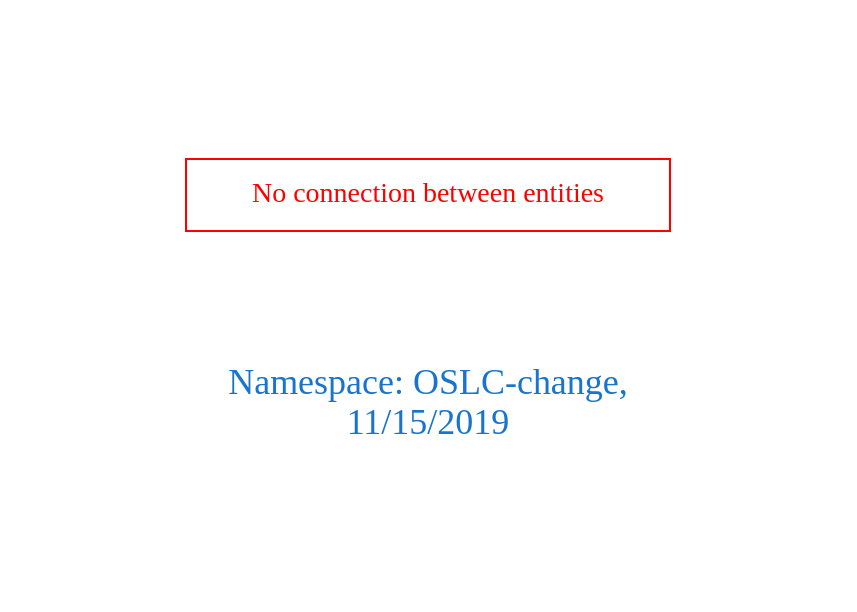
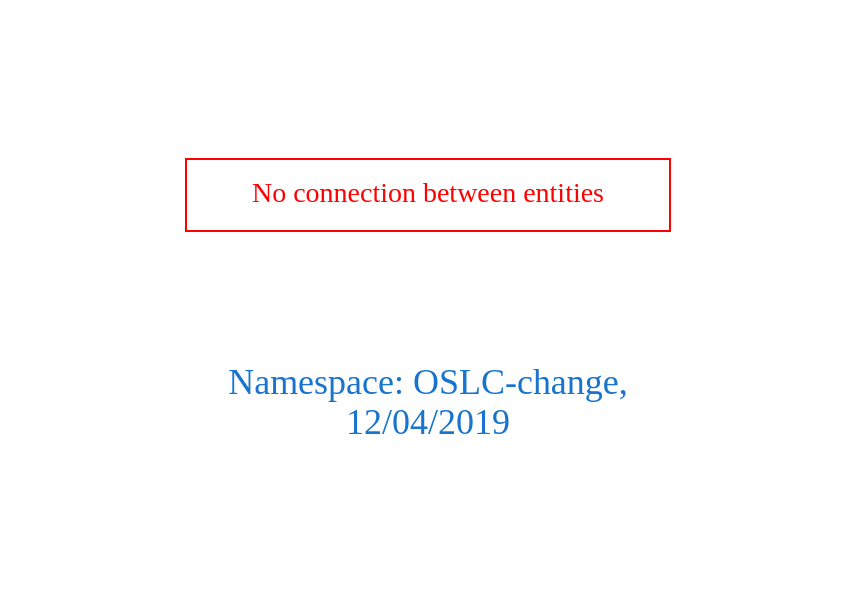
Before and after one commit to arago/OGIT: the diagram in downloads/OSLC-change.dot, drawn with Graphviz. The commit also changed 1604 other files, not shown here.

```diff
--- a/downloads/OSLC-change.dot
+++ b/downloads/OSLC-change.dot
@@ -1,9 +1,9 @@
 digraph OGIT_ontology {
  graph [ rankdir= LR,pad=1 
 fontsize = 18,
-fontcolor= dodgerblue3,label = "\n\n\nNamespace: OSLC-change, \n 11/15/2019"];
+fontcolor= dodgerblue3,label = "\n\n\nNamespace: OSLC-change, \n 12/04/2019"];
 node[shape=polygon];
 edge [  color="gray81"];
 
 "No connection between entities" [fontcolor = "red",color="red", shape="polygon"]
 }
```
